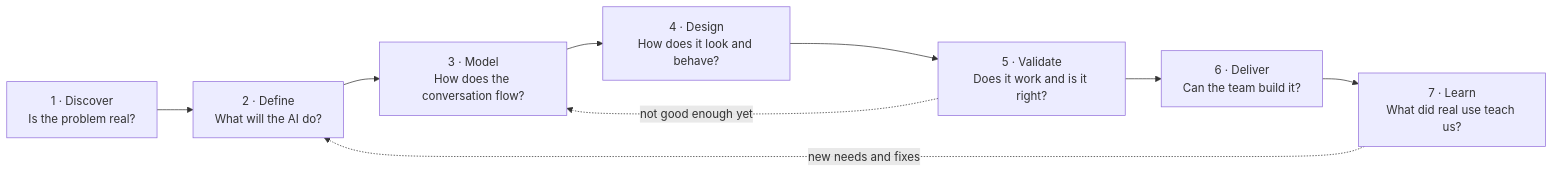
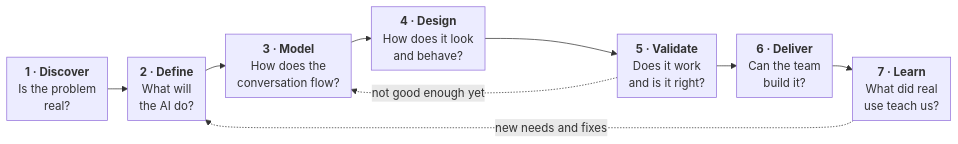
Before and after one commit to amaltapalov/AI-product-development-framework: the first of 17 diagrams in Conversational AI Design Framework v1.2.md, drawn with Mermaid. The commit also changed other lines of this file and 7 other files, not shown here.

````diff
--- a/Conversational AI Design Framework v1.2.md
+++ b/Conversational AI Design Framework v1.2.md
@@ -24,11 +24,18 @@
 ```mermaid
+---
+config:
+  flowchart:
+    nodeSpacing: 20
+    rankSpacing: 28
+    padding: 8
+---
 flowchart LR
-    D["1 · Discover<br/>Is the problem real?"] --> DF["2 · Define<br/>What will the AI do?"]
-    DF --> M["3 · Model<br/>How does the conversation flow?"]
-    M --> DS["4 · Design<br/>How does it look and behave?"]
-    DS --> V["5 · Validate<br/>Does it work and is it right?"]
-    V --> DL["6 · Deliver<br/>Can the team build it?"]
-    DL --> L["7 · Learn<br/>What did real use teach us?"]
+    D["<b>1 · Discover</b><br/>Is the problem<br/>real?"] --> DF["<b>2 · Define</b><br/>What will<br/>the AI do?"]
+    DF --> M["<b>3 · Model</b><br/>How does the<br/>conversation flow?"]
+    M --> DS["<b>4 · Design</b><br/>How does it look<br/>and behave?"]
+    DS --> V["<b>5 · Validate</b><br/>Does it work<br/>and is it right?"]
+    V --> DL["<b>6 · Deliver</b><br/>Can the team<br/>build it?"]
+    DL --> L["<b>7 · Learn</b><br/>What did real<br/>use teach us?"]
     V -. "not good enough yet" .-> M
     L -. "new needs and fixes" .-> DF
 ```
````
